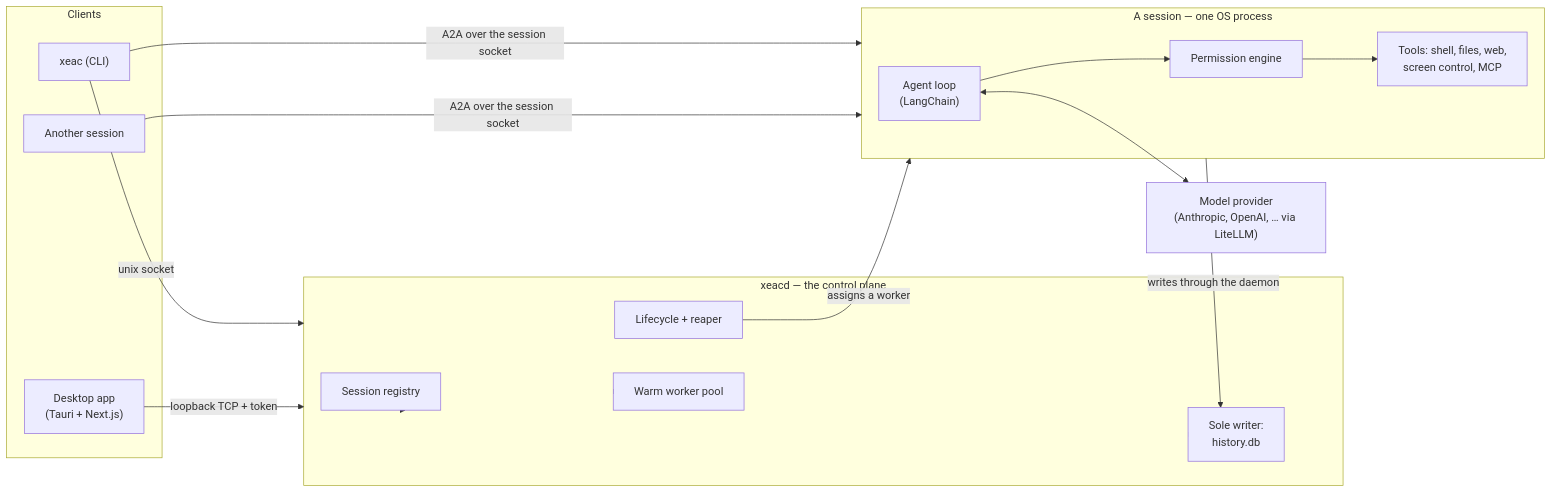
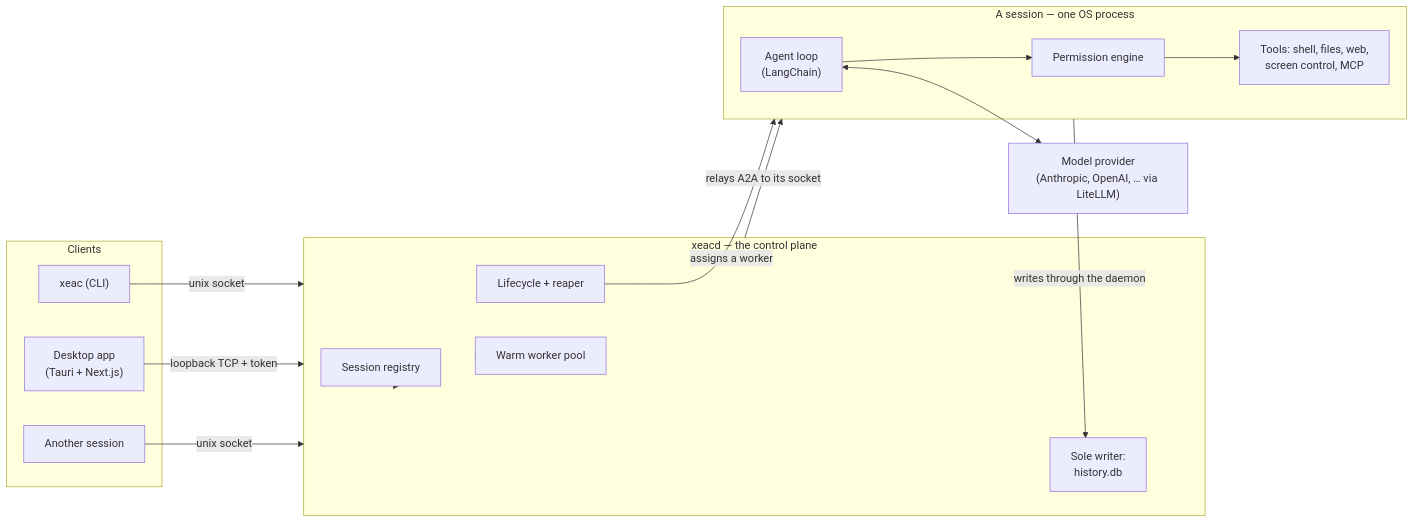
The diagram in documentation/architecture.md (ghovax/frank), drawn with Mermaid before and after one commit. The commit also changed other lines of this file and 3 other files, not shown here.

````diff
--- a/documentation/architecture.md
+++ b/documentation/architecture.md
@@ -5,33 +5,33 @@
 ```mermaid
 flowchart LR
     subgraph Clients
         Cli["xeac (CLI)"]
         App["Desktop app<br/>(Tauri + Next.js)"]
         Peer["Another session"]
     end
 
     subgraph Daemon["xeacd — the control plane"]
         Registry["Session registry"]
         Lifecycle["Lifecycle + reaper"]
         Pool["Warm worker pool"]
         Stores["Sole writer:<br/>history.db"]
     end
 
     subgraph Session["A session — one OS process"]
         Executor["Agent loop<br/>(LangChain)"]
         Permissions["Permission engine"]
         Tools["Tools: shell, files, web,<br/>screen control, MCP"]
     end
 
     ModelProvider["Model provider<br/>(Anthropic, OpenAI, … via LiteLLM)"]
 
     Cli -->|unix socket| Daemon
     App -->|loopback TCP + token| Daemon
+    Peer -->|unix socket| Daemon
     Daemon --> Registry & Lifecycle & Pool & Stores
     Lifecycle -->|assigns a worker| Session
-    Cli -->|A2A over the session socket| Session
-    Peer -->|A2A over the session socket| Session
+    Daemon -->|relays A2A to its socket| Session
     Session -->|writes through the daemon| Stores
     Executor --> Permissions --> Tools
     Executor <--> ModelProvider
 ```
````
